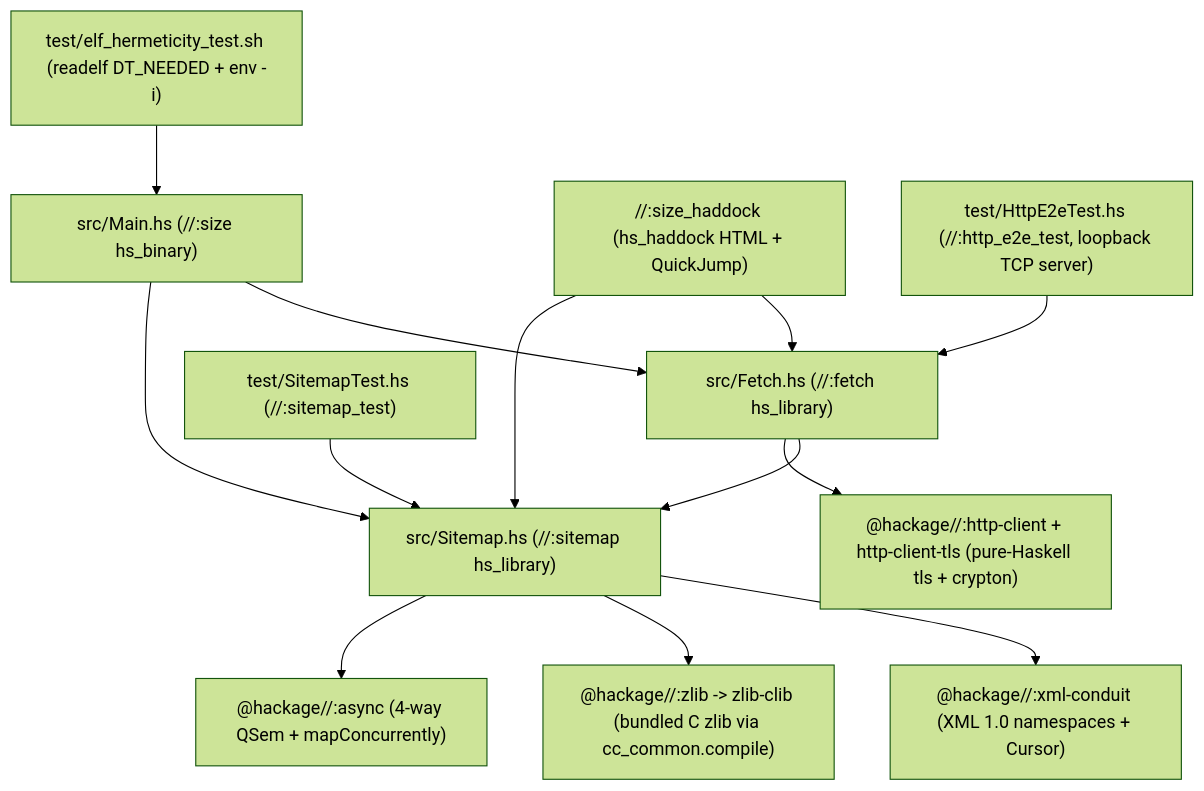
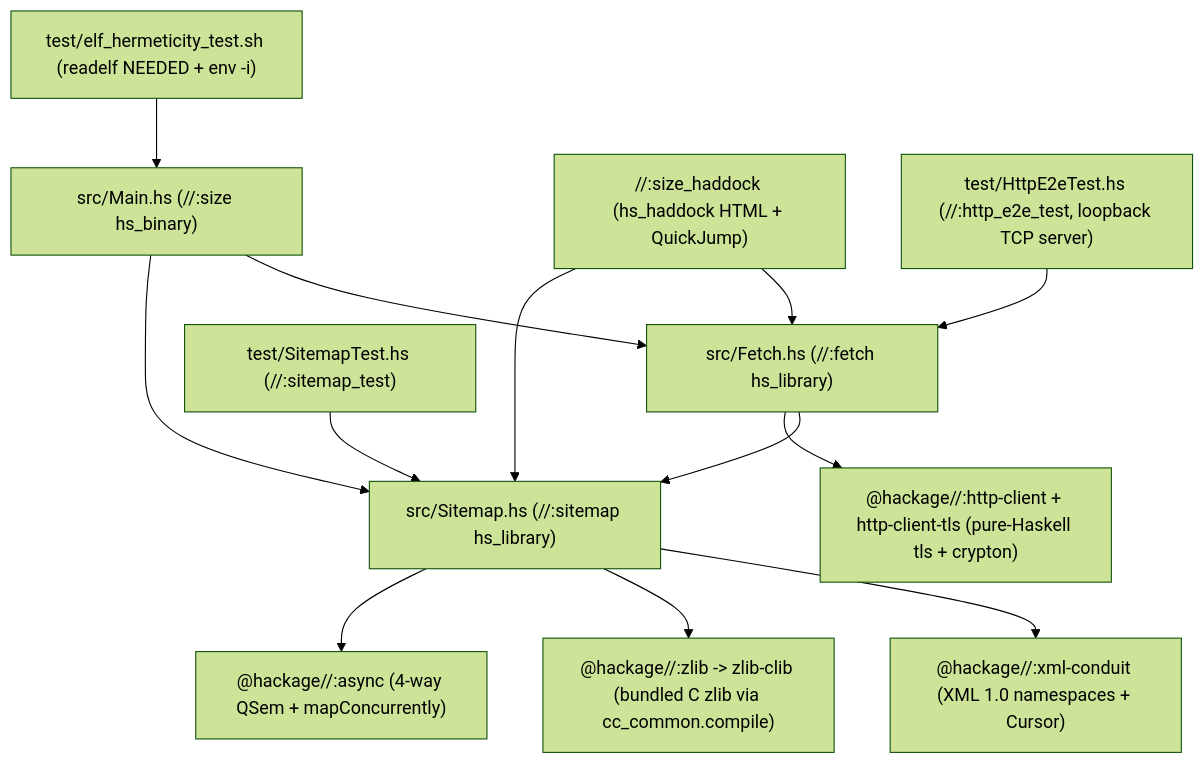
Before and after one commit to kaycebasques/hs: the diagram in docs/content/guide/showcase-size.md, drawn with Mermaid (forest theme). The commit also changed other lines of this file and 8 other files, not shown here.

````diff
--- a/docs/content/guide/showcase-size.md
+++ b/docs/content/guide/showcase-size.md
@@ -15,15 +15,15 @@
 ```mermaid
 flowchart TD
     CLI["src/Main.hs (//:size hs_binary)"] --> FETCH["src/Fetch.hs (//:fetch hs_library)"]
     CLI --> SM["src/Sitemap.hs (//:sitemap hs_library)"]
     FETCH --> SM
     FETCH --> HTTP["@hackage//:http-client + http-client-tls (pure-Haskell tls + crypton)"]
     SM --> XML["@hackage//:xml-conduit (XML 1.0 namespaces + Cursor)"]
     SM --> ZLIB["@hackage//:zlib -> zlib-clib (bundled C zlib via cc_common.compile)"]
     SM --> ASYNC["@hackage//:async (4-way QSem + mapConcurrently)"]
     DOC["//:size_haddock (hs_haddock HTML + QuickJump)"] --> FETCH
     DOC --> SM
     TEST1["test/SitemapTest.hs (//:sitemap_test)"] --> SM
     TEST2["test/HttpE2eTest.hs (//:http_e2e_test, loopback TCP server)"] --> FETCH
-    TEST3["test/elf_hermeticity_test.sh (readelf DT_NEEDED + env -i)"] --> CLI
+    TEST3["test/elf_hermeticity_test.sh (readelf NEEDED + env -i)"] --> CLI
 ```
````
